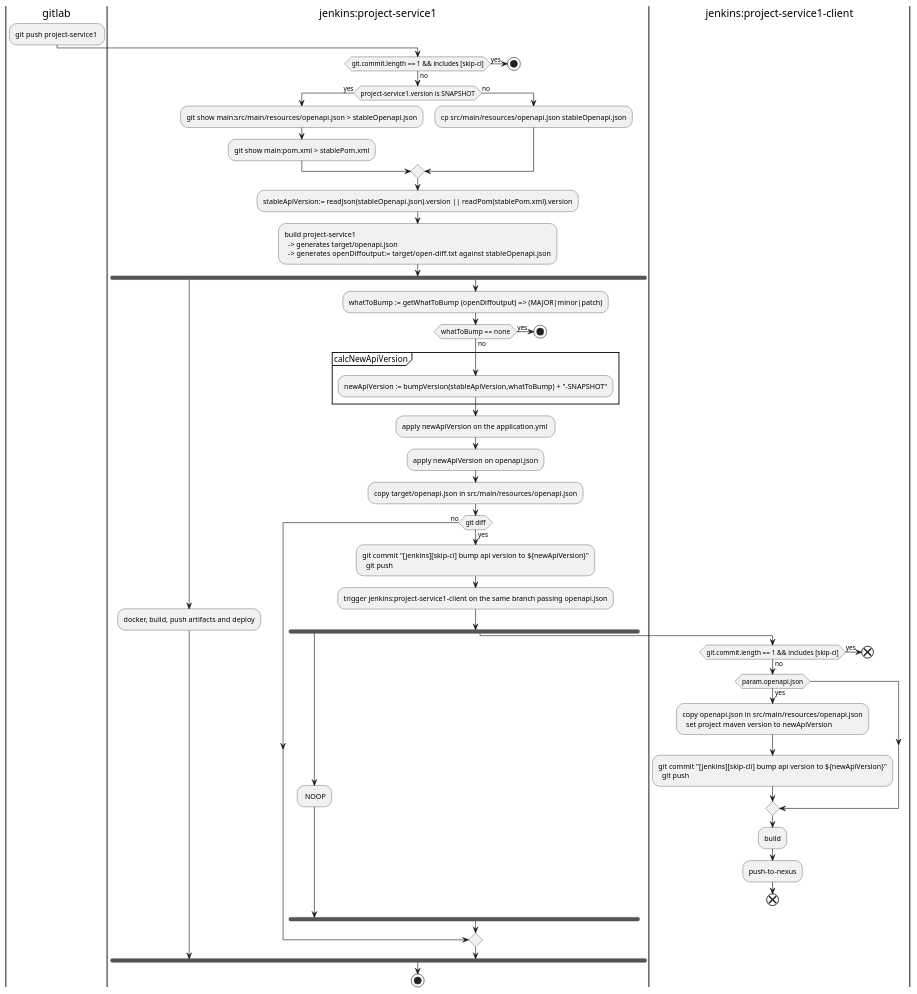
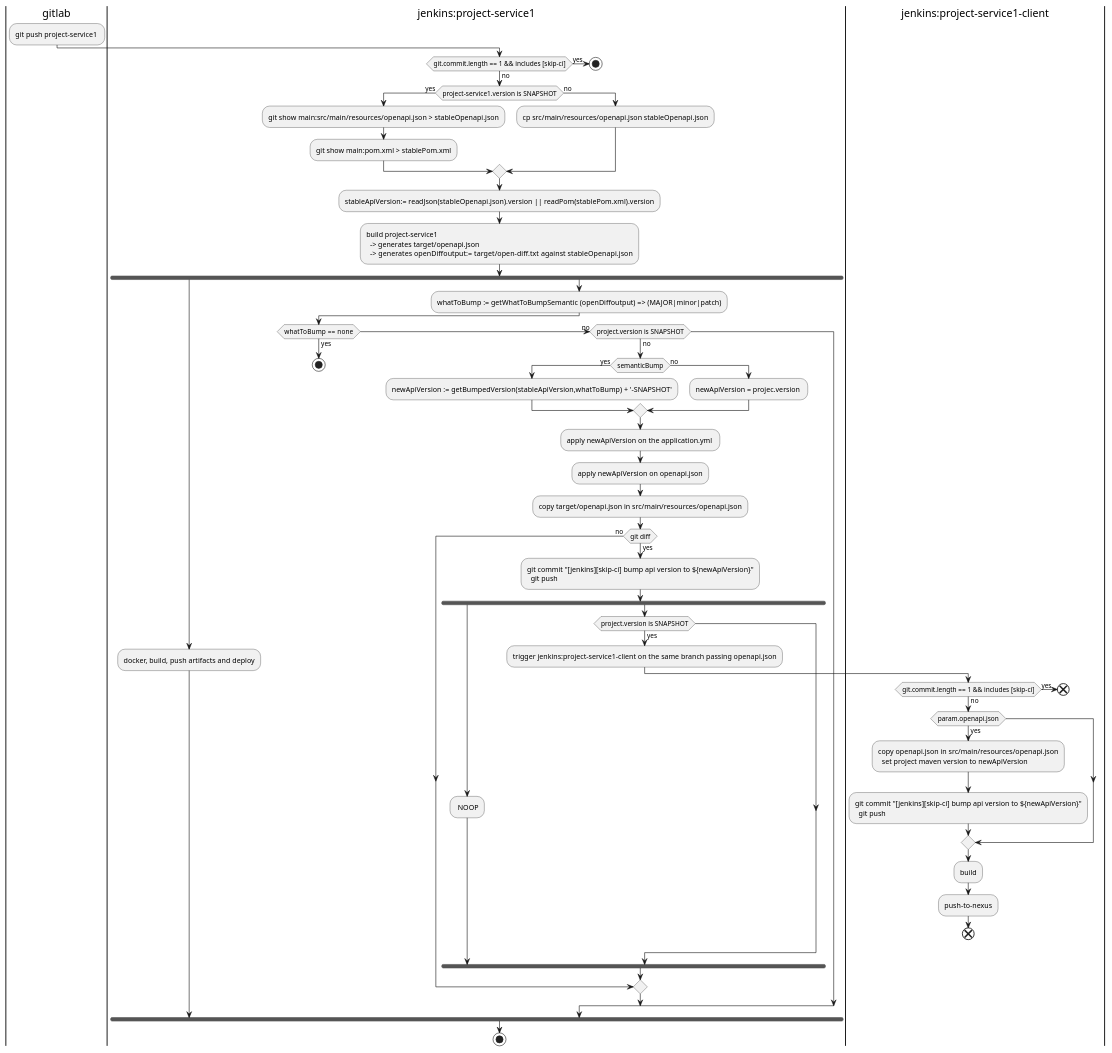
One commit to mauropanzeri/api-docs-automation changed the diagram in demo-person-service/docs/client-generation-activity.puml. Above: the diagram before and after it, drawn with PlantUML. The commit also changed 2 other files, not shown here.

Commit message:
parse openapi diff

```diff
--- a/demo-person-service/docs/client-generation-activity.puml
+++ b/demo-person-service/docs/client-generation-activity.puml
@@ -1,61 +1,65 @@
 @startuml "client generation"
 |gitlab|
   :git push project-service1 ;
 |jenkins:project-service1|
   if(git.commit.length == 1 && includes [skip-ci]) then (yes)
     stop
   else (no)
     if(project-service1.version is SNAPSHOT) then (yes)
       :git show main:src/main/resources/openapi.json > stableOpenapi.json;
       :git show main:pom.xml > stablePom.xml;
     else (no)
       :cp src/main/resources/openapi.json stableOpenapi.json;
     endif
     :stableApiVersion:= readJson(stableOpenapi.json).version || readPom(stablePom.xml).version;
     :build project-service1
       -> generates target/openapi.json 
       -> generates openDiffoutput:= target/open-diff.txt  against  stableOpenapi.json;
     fork
       :docker, build, push artifacts and deploy;
     fork again
-      :whatToBump := getWhatToBump (openDiffoutput) => (MAJOR|minor|patch);
+      :whatToBump := getWhatToBumpSemantic (openDiffoutput) => (MAJOR|minor|patch);
       if(whatToBump  == none) then (yes)
         stop
-      else (no)
-        partition calcNewApiVersion{
-          :newApiVersion := bumpVersion(stableApiVersion,whatToBump) + "-SNAPSHOT";
-        }
+      (no) elseif(project.version is SNAPSHOT) then (no)
+        if (semanticBump) then (yes)
+          :newApiVersion := getBumpedVersion(stableApiVersion,whatToBump) + '-SNAPSHOT';
+        else (no)
+          :newApiVersion = projec.version ;
+        endif
         :apply newApiVersion on the application.yml ;
         :apply newApiVersion on openapi.json;  
         :copy target/openapi.json in src/main/resources/openapi.json;
         if(git diff) then (yes) 
           :git commit "[jenkins][skip-ci] bump api version to ${newApiVersion}"
             git push ;    
-          :trigger jenkins:project-service1-client on the same branch passing openapi.json;
           fork
             |jenkins:project-service1|
             : NOOP;
           fork again
-            |jenkins:project-service1-client|
-              if(git.commit.length == 1 && includes [skip-ci]) then (yes)
+            if(project.version is SNAPSHOT) then (yes)
+              :trigger jenkins:project-service1-client on the same branch passing openapi.json;
+              |jenkins:project-service1-client|
+                if(git.commit.length == 1 && includes [skip-ci]) then (yes)
+                  end
+                else (no)
+                  if (param.openapi.json) then (yes)
+                    :copy openapi.json in src/main/resources/openapi.json
+                      set project maven version to newApiVersion;
+                    :git commit "[jenkins][skip-ci] bump api version to ${newApiVersion}"
+                      git push ;                    
+                  endif
+                  :build;
+                  :push-to-nexus;
+                endif
                 end
-              else (no)
-                if (param.openapi.json) then (yes)
-                  :copy openapi.json in src/main/resources/openapi.json
-                    set project maven version to newApiVersion;
-                  :git commit "[jenkins][skip-cli] bump api version to ${newApiVersion}"
-                    git push ;                    
-                endif
-                :build;
-                :push-to-nexus;
               endif
-              end
             |jenkins:project-service1|
           end fork
         else (no)
         endif
       endif
     end fork
   endif
   stop
 @enduml
```
